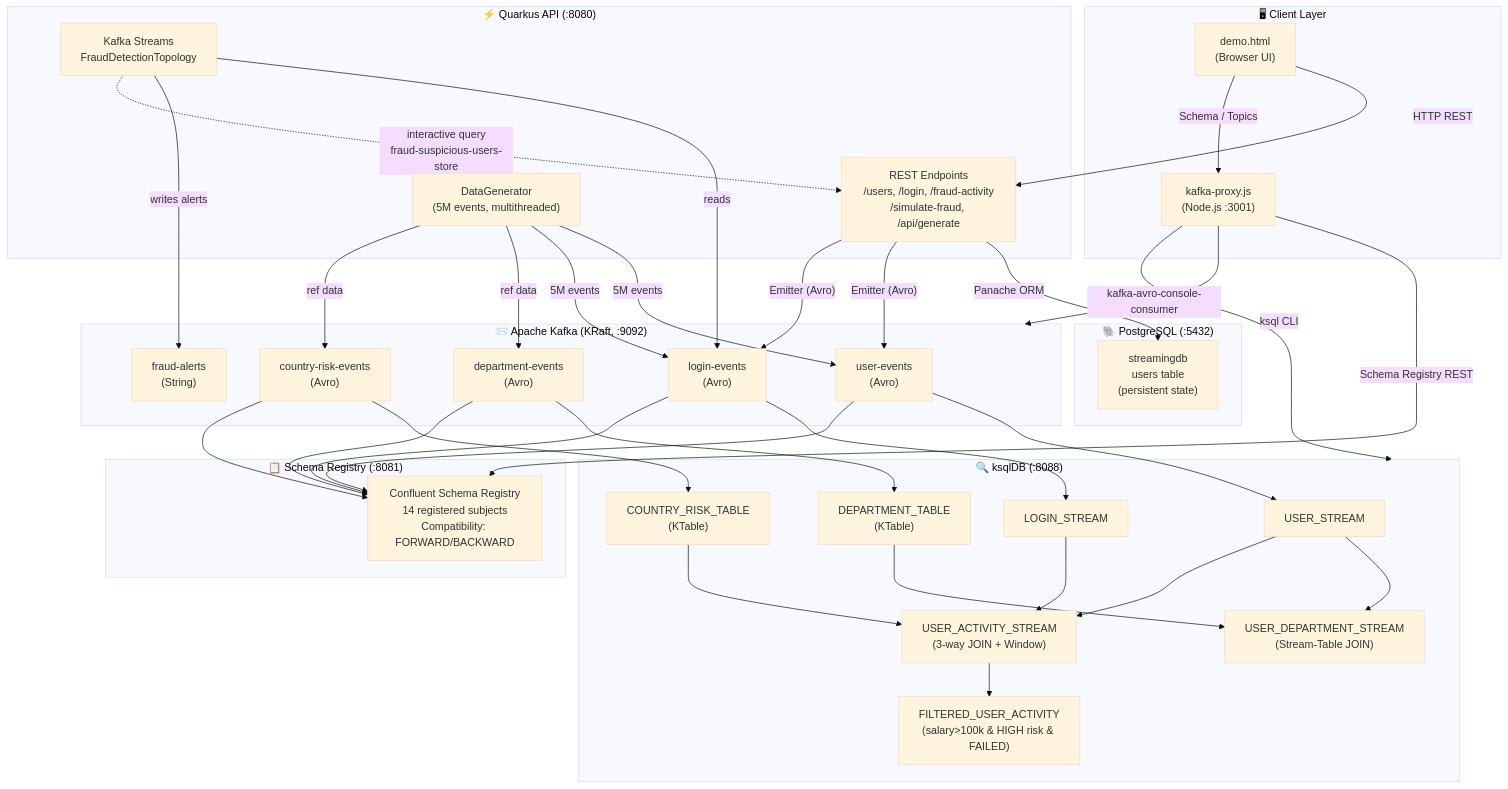
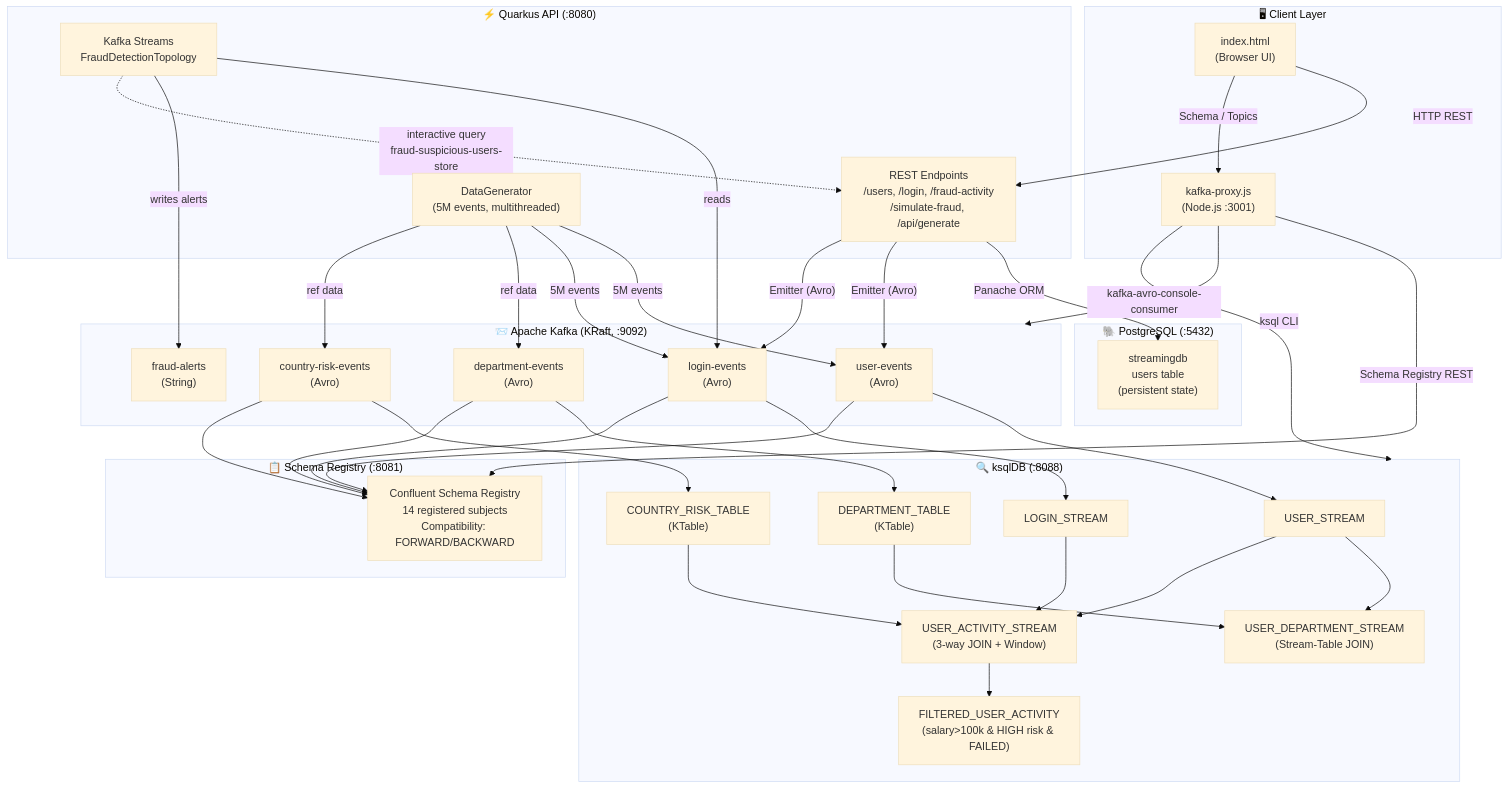
Before and after one commit to codergautam25/Quarkas_streaming_ksqldb: the diagram in docs/ARCHITECTURE.md, drawn with Mermaid (base theme). The commit also changed 2 other files, not shown here.

Commit message:
docs: update references from demo.html to index.html

````diff
--- a/docs/ARCHITECTURE.md
+++ b/docs/ARCHITECTURE.md
@@ -5,70 +5,70 @@
 ```mermaid
 graph TB
     subgraph CLIENT["🖥 Client Layer"]
-        UI["demo.html\n(Browser UI)"]
+        UI["index.html\n(Browser UI)"]
         PROXY["kafka-proxy.js\n(Node.js :3001)"]
     end
 
     subgraph API["⚡ Quarkus API (:8080)"]
         REST["REST Endpoints\n/users, /login, /fraud-activity\n/simulate-fraud, /api/generate"]
         KS["Kafka Streams\nFraudDetectionTopology"]
         DG["DataGenerator\n(5M events, multithreaded)"]
     end
 
     subgraph KAFKA["📨 Apache Kafka (KRaft, :9092)"]
         T1["user-events\n(Avro)"]
         T2["login-events\n(Avro)"]
         T3["department-events\n(Avro)"]
         T4["country-risk-events\n(Avro)"]
         T5["fraud-alerts\n(String)"]
     end
 
     subgraph SCHEMA["📋 Schema Registry (:8081)"]
         SR["Confluent Schema Registry\n14 registered subjects\nCompatibility: FORWARD/BACKWARD"]
     end
 
     subgraph KSQL["🔍 ksqlDB (:8088)"]
         S1["USER_STREAM"]
         S2["LOGIN_STREAM"]
         S3["USER_DEPARTMENT_STREAM\n(Stream-Table JOIN)"]
         S4["USER_ACTIVITY_STREAM\n(3-way JOIN + Window)"]
         S5["FILTERED_USER_ACTIVITY\n(salary>100k & HIGH risk & FAILED)"]
         TB1["DEPARTMENT_TABLE\n(KTable)"]
         TB2["COUNTRY_RISK_TABLE\n(KTable)"]
     end
 
     subgraph DB["🐘 PostgreSQL (:5432)"]
         PG["streamingdb\nusers table\n(persistent state)"]
     end
 
     UI -->|"HTTP REST"| REST
     UI -->|"Schema / Topics"| PROXY
     PROXY -->|"Schema Registry REST"| SR
     PROXY -->|"kafka-avro-console-consumer"| KAFKA
     PROXY -->|"ksql CLI"| KSQL
 
     REST -->|"Panache ORM"| PG
     REST -->|"Emitter (Avro)"| T1
     REST -->|"Emitter (Avro)"| T2
     DG -->|"5M events"| T1
     DG -->|"5M events"| T2
     DG -->|"ref data"| T3
     DG -->|"ref data"| T4
 
     KS -->|"reads"| T2
     KS -->|"writes alerts"| T5
     KS -.->|"interactive query\nfraud-suspicious-users-store"| REST
 
     T1 --> S1
     T2 --> S2
     T3 --> TB1
     T4 --> TB2
     S1 --> S3
     TB1 --> S3
     S2 --> S4
     S1 --> S4
     TB2 --> S4
     S4 --> S5
 
     T1 & T2 & T3 & T4 --> SR
 ```
````
